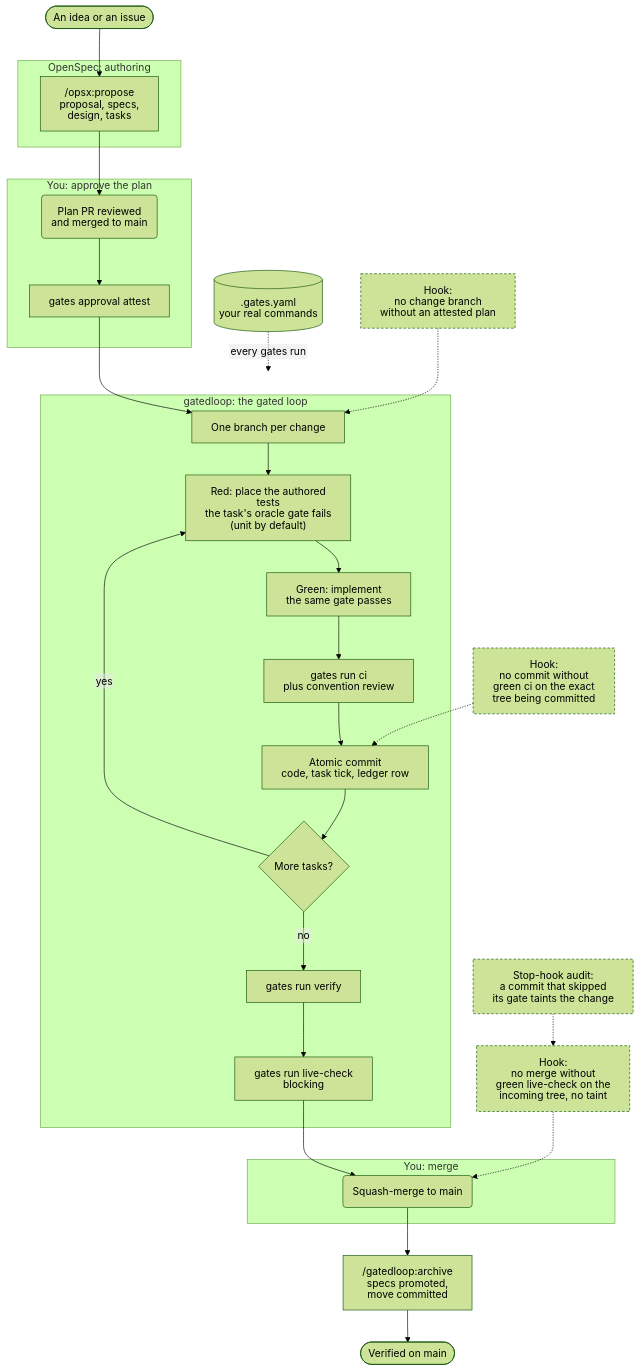
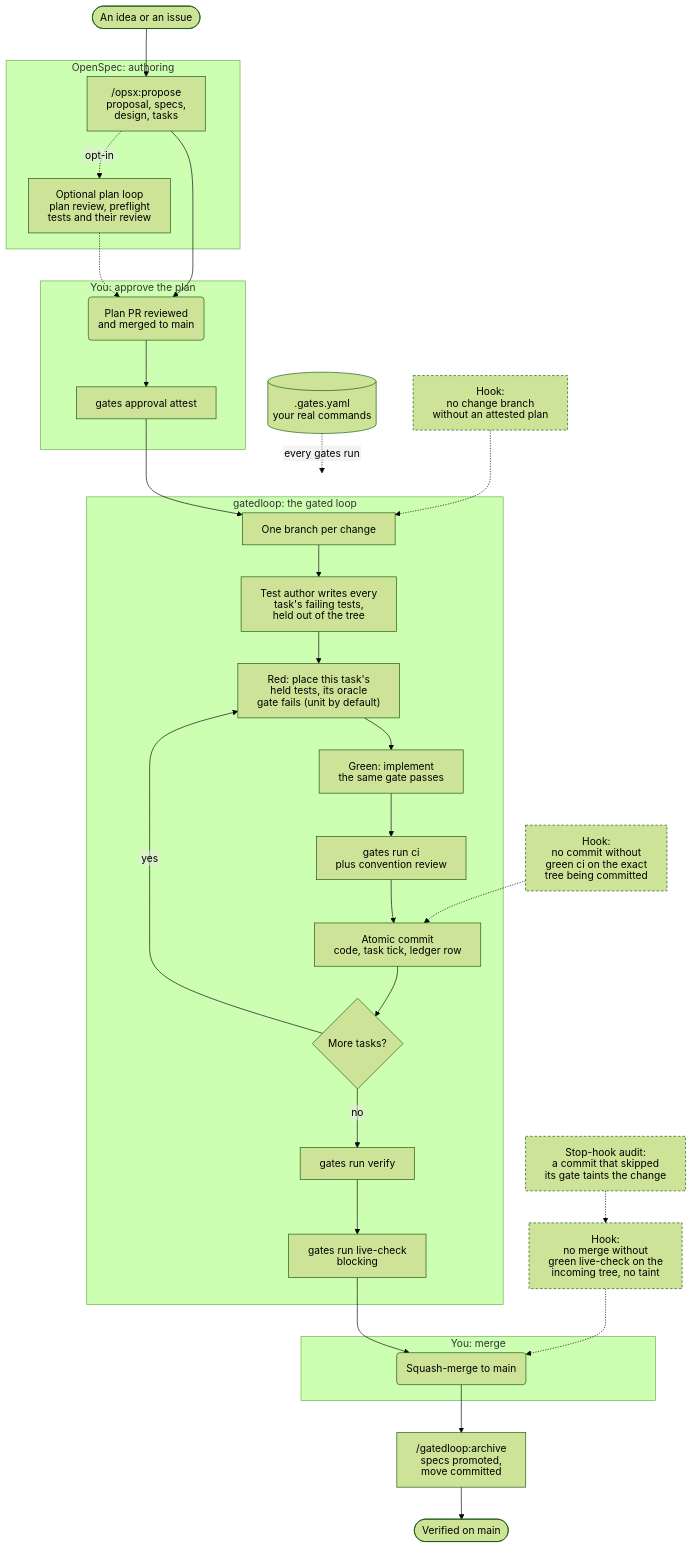
One commit to tessellate-space/gatedloop changed the diagram in README.md. Above: the diagram before and after it, drawn with Mermaid (forest theme). The commit also changed other lines of this file, not shown here.

Commit message:
README: show how tests flow — authored first, held, placed per task, locked (#210)

````diff
--- a/README.md
+++ b/README.md
@@ -86,57 +97,60 @@
 ```mermaid
 ---
 config:
   htmlLabels: false
   flowchart:
     htmlLabels: false
 ---
 flowchart TD
     idea(["An idea or an issue"])
 
     subgraph OS["OpenSpec: authoring"]
         propose["/opsx:propose<br/>proposal, specs,<br/>design, tasks"]
+        preflight["Optional plan loop<br/>plan review, preflight<br/>tests and their review"]
     end
 
     subgraph YOU1["You: approve the plan"]
         planpr("Plan PR reviewed<br/>and merged to main")
         attest["gates approval attest"]
     end
 
     subgraph LOOP["gatedloop: the gated loop"]
         branch["One branch per change"]
-        red["Red: place the authored tests<br/>the task's oracle gate fails<br/>(unit by default)"]
+        author["Test author writes every<br/>task's failing tests,<br/>held out of the tree"]
+        red["Red: place this task's<br/>held tests, its oracle<br/>gate fails (unit by default)"]
         green["Green: implement<br/>the same gate passes"]
         gate["gates run ci<br/>plus convention review"]
         commit["Atomic commit<br/>code, task tick, ledger row"]
         more{"More tasks?"}
         verify["gates run verify"]
         live["gates run live-check<br/>blocking"]
     end
 
     subgraph YOU2["You: merge"]
         merge("Squash-merge to main")
     end
 
     archive["/gatedloop:archive<br/>specs promoted,<br/>move committed"]
     done(["Verified on main"])
 
-    idea --> propose --> planpr --> attest --> branch
-    branch --> red --> green --> gate --> commit --> more
+    idea --> propose --> planpr
+    propose -. opt-in .-> preflight -.-> planpr --> attest --> branch
+    branch --> author --> red --> green --> gate --> commit --> more
     more -- yes --> red
     more -- no --> verify --> live --> merge --> archive --> done
 
     cfg[(".gates.yaml<br/>your real commands")]
     cfg -. every gates run .-> LOOP
 
     h1["Hook:<br/>no change branch<br/>without an attested plan"]
     h2["Hook:<br/>no commit without<br/>green ci on the exact<br/>tree being committed"]
     h3["Hook:<br/>no merge without<br/>green live-check on the<br/>incoming tree, no taint"]
     audit["Stop-hook audit:<br/>a commit that skipped<br/>its gate taints the change"]
     h1 -.-> branch
     h2 -.-> commit
     h3 -.-> merge
     audit -.-> h3
 
     classDef hook stroke-dasharray: 4 3
     class h1,h2,h3,audit hook
 ```
````
